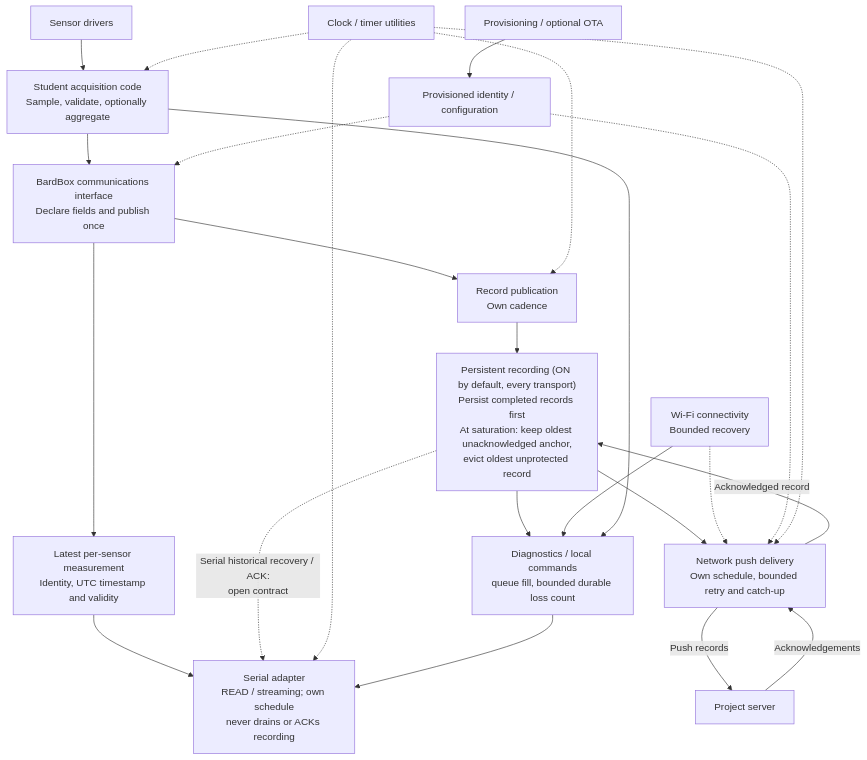
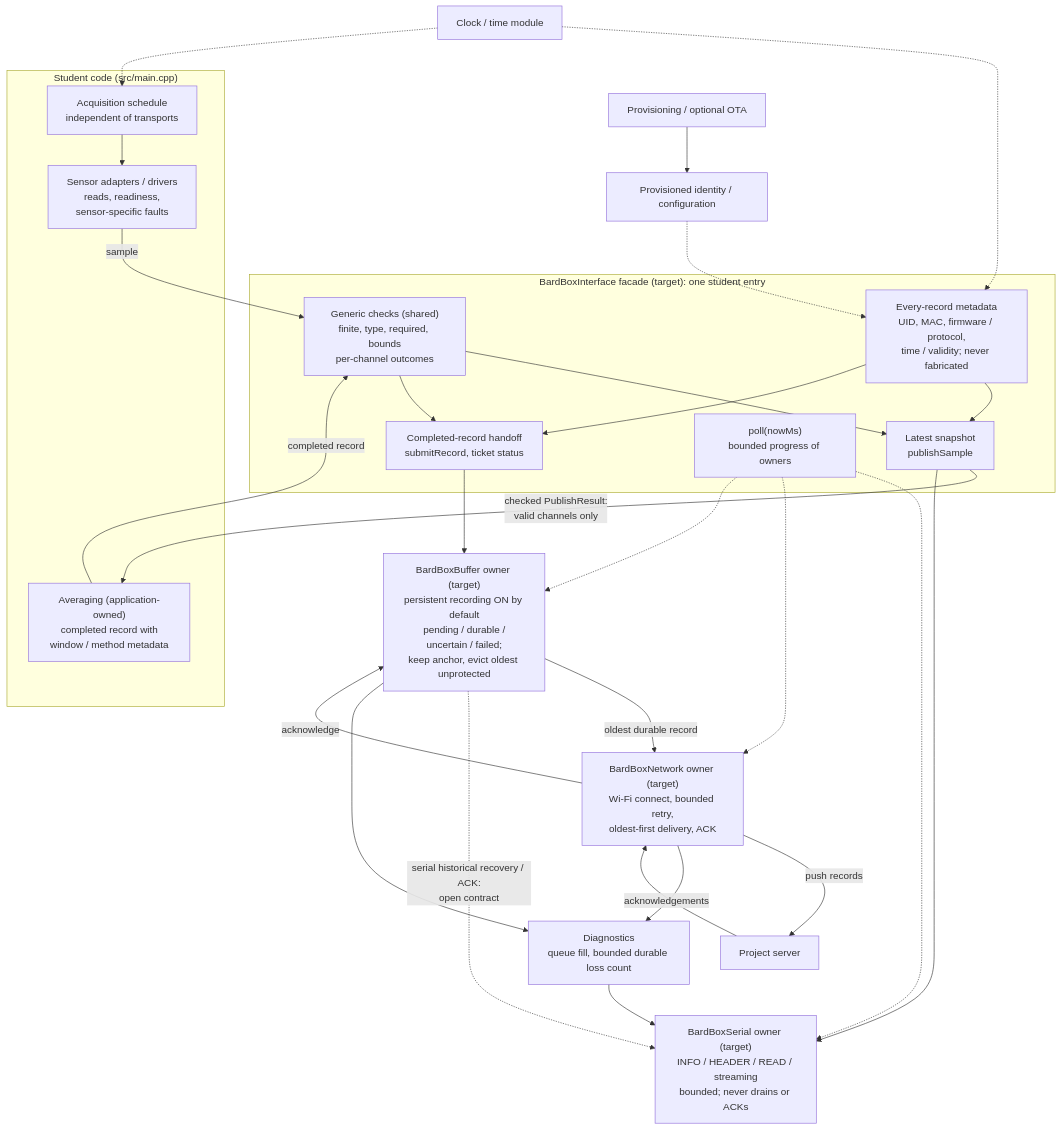
The first of 3 diagrams in docs/architecture-map.md (bardphysicslab/bardbox), drawn with Mermaid before and after one commit. The commit also changed other lines of this file and 3 other files, not shown here.

First line of the commit message:
Draft first student contract, target node Mermaid and accepted layout

````diff
--- a/docs/architecture-map.md
+++ b/docs/architecture-map.md
@@ -43,27 +48,45 @@
 ```mermaid
 flowchart TB
-    Sensors["Sensor drivers"] --> Acquisition["Student acquisition code<br/>Sample, validate, optionally aggregate"]
-    Acquisition --> Publish["BardBox communications interface<br/>Declare fields and publish once"]
-    Publish --> Latest["Latest per-sensor measurement<br/>Identity, UTC timestamp and validity"]
-    Latest --> Serial["Serial adapter<br/>READ / streaming; own schedule<br/>never drains or ACKs recording"]
-    Publish --> Records["Record publication<br/>Own cadence"]
-    Records --> Queue["Persistent recording (ON by default, every transport)<br/>Persist completed records first<br/>At saturation: keep oldest unacknowledged anchor,<br/>evict oldest unprotected record"]
-    Queue --> Upload["Network push delivery<br/>Own schedule, bounded retry and catch-up"]
-    Upload -->|Acknowledged record| Queue
-    Upload -->|Push records| Server["Project server"]
-    Server -->|Acknowledgements| Upload
-    Queue -.->|"Serial historical recovery / ACK:<br/>open contract"| Serial
-    WiFi["Wi-Fi connectivity<br/>Bounded recovery"] -.-> Upload
-    Identity["Provisioned identity / configuration"] -.-> Publish
-    Identity -.-> Upload
-    Time["Clock / timer utilities"] -.-> Acquisition
-    Time -.-> Records
-    Time -.-> Serial
-    Time -.-> Upload
-    Diagnostics["Diagnostics / local commands<br/>queue fill, bounded durable loss count"]
-    Queue --> Diagnostics
-    WiFi --> Diagnostics
-    Acquisition --> Diagnostics
+    subgraph App["Student code (src/main.cpp)"]
+        Sensors["Sensor adapters / drivers<br/>reads, readiness,<br/>sensor-specific faults"]
+        Acquisition["Acquisition schedule<br/>independent of transports"]
+        Averaging["Averaging (application-owned)<br/>completed record with<br/>window / method metadata"]
+        Acquisition --> Sensors
+    end
+    subgraph Facade["BardBoxInterface facade (target): one student entry"]
+        Checks["Generic checks (shared)<br/>finite, type, required, bounds<br/>per-channel outcomes"]
+        Metadata["Every-record metadata<br/>UID, MAC, firmware / protocol,<br/>time / validity; never fabricated"]
+        Latest["Latest snapshot<br/>publishSample"]
+        Completed["Completed-record handoff<br/>submitRecord, ticket status"]
+        Poll["poll(nowMs)<br/>bounded progress of owners"]
+        Checks --> Latest
+        Checks --> Completed
+        Metadata --> Latest
+        Metadata --> Completed
+    end
+    Sensors -->|"sample"| Checks
+    Latest -->|"checked PublishResult:<br/>valid channels only"| Averaging
+    Averaging -->|"completed record"| Checks
+    Serial["BardBoxSerial owner (target)<br/>INFO / HEADER / READ / streaming<br/>bounded; never drains or ACKs"]
+    Buffer["BardBoxBuffer owner (target)<br/>persistent recording ON by default<br/>pending / durable /<br/>uncertain / failed;<br/>keep anchor, evict oldest unprotected"]
+    Network["BardBoxNetwork owner (target)<br/>Wi-Fi connect, bounded retry,<br/>oldest-first delivery, ACK"]
+    Server["Project server"]
+    Latest --> Serial
+    Completed --> Buffer
+    Buffer -->|"oldest durable record"| Network
+    Network -->|"push records"| Server
+    Server -->|"acknowledgements"| Network
+    Network -->|"acknowledge"| Buffer
+    Buffer -.->|"serial historical recovery / ACK:<br/>open contract"| Serial
+    Poll -.-> Serial
+    Poll -.-> Network
+    Poll -.-> Buffer
+    Identity["Provisioned identity / configuration"] -.-> Metadata
+    Time["Clock / time module"] -.-> Metadata
+    Time -.-> Acquisition
+    Diagnostics["Diagnostics<br/>queue fill, bounded durable loss count"]
+    Buffer --> Diagnostics
+    Network --> Diagnostics
     Diagnostics --> Serial
     Maintenance["Provisioning / optional OTA"] --> Identity
 ```
````
